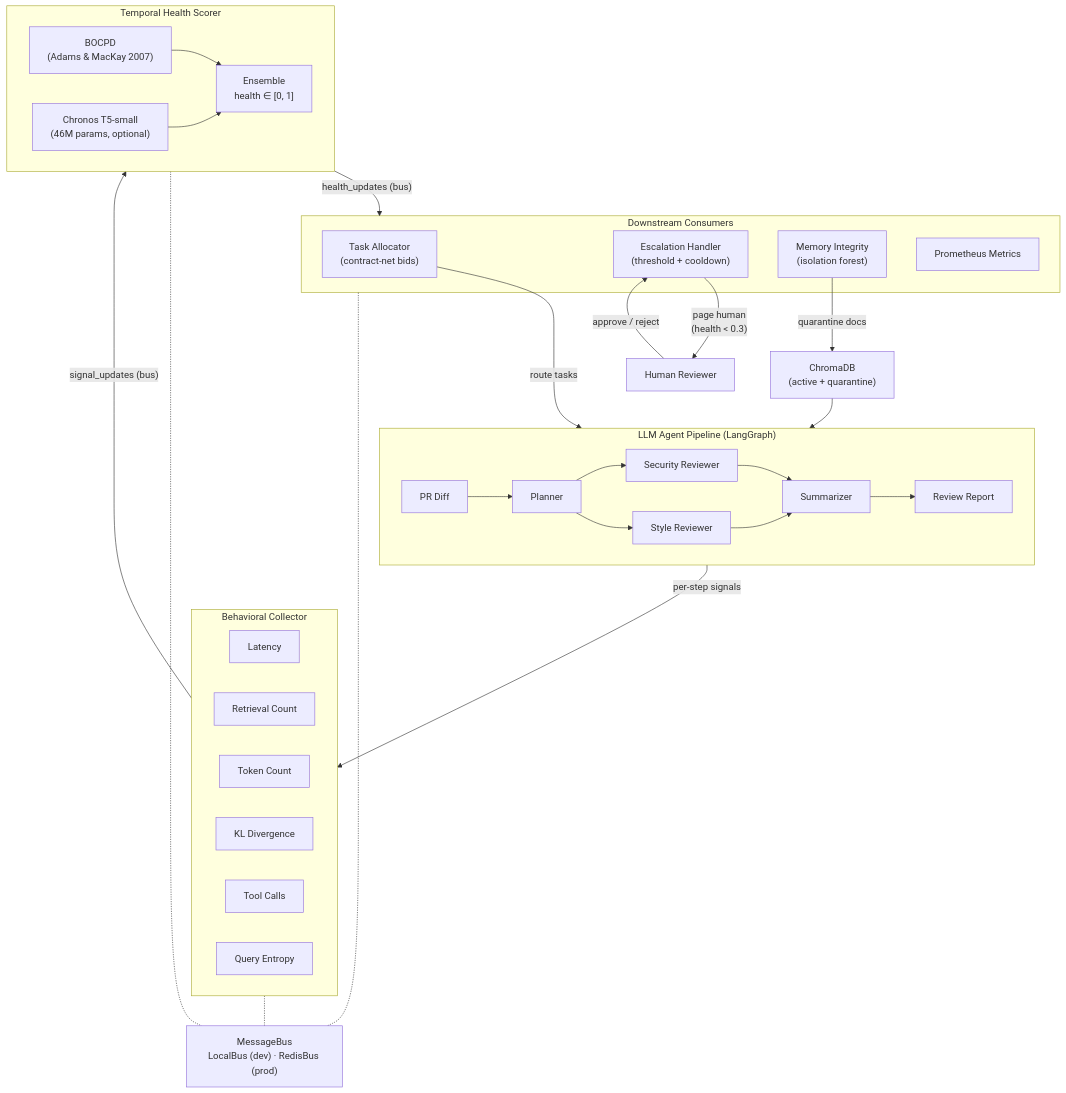
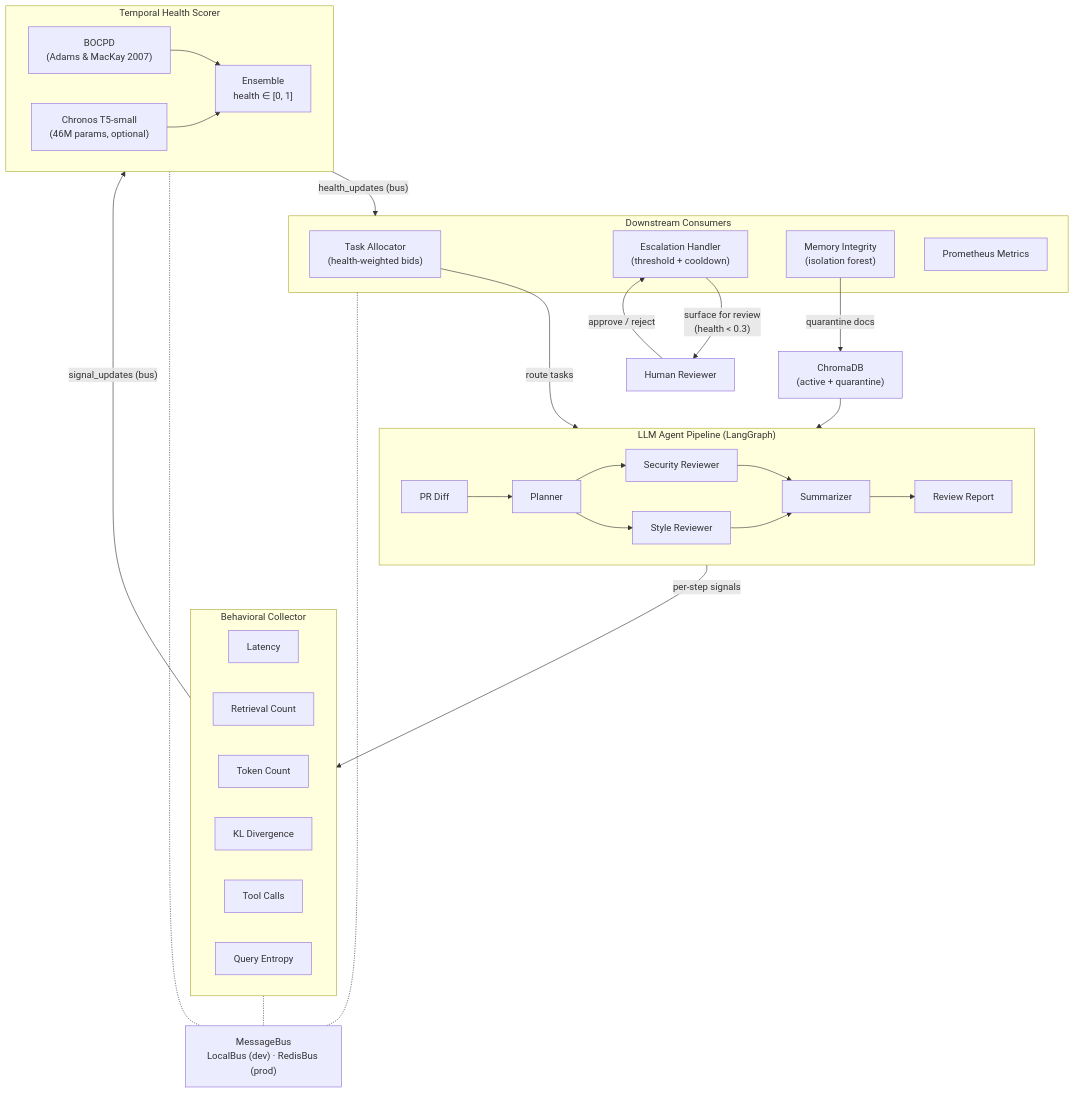
One commit to rajo69/chronoagent changed the diagram in README.md. Above: the diagram before and after it, drawn with Mermaid. The commit also changed other lines of this file and 1 other file, not shown here.

````diff
--- a/README.md
+++ b/README.md
@@ -197,49 +197,49 @@
 ```mermaid
 flowchart TB
     subgraph Pipeline["LLM Agent Pipeline (LangGraph)"]
         PR["PR Diff"] --> Planner
         Planner --> SecReview["Security Reviewer"]
         Planner --> StyleReview["Style Reviewer"]
         SecReview --> Summarizer
         StyleReview --> Summarizer
         Summarizer --> Report["Review Report"]
     end
 
     subgraph Monitor["Behavioral Collector"]
         S1["Latency"]
         S2["Retrieval Count"]
         S3["Token Count"]
         S4["KL Divergence"]
         S5["Tool Calls"]
         S6["Query Entropy"]
     end
 
     subgraph Scorer["Temporal Health Scorer"]
         BOCPD["BOCPD\n(Adams & MacKay 2007)"]
         Chronos["Chronos T5-small\n(46M params, optional)"]
         Ensemble["Ensemble\nhealth ∈ [0, 1]"]
         BOCPD --> Ensemble
         Chronos --> Ensemble
     end
 
     subgraph Downstream["Downstream Consumers"]
-        Allocator["Task Allocator\n(contract-net bids)"]
+        Allocator["Task Allocator\n(health-weighted bids)"]
         Escalation["Escalation Handler\n(threshold + cooldown)"]
         Integrity["Memory Integrity\n(isolation forest)"]
         Metrics["Prometheus Metrics"]
     end
 
     Pipeline -- "per-step signals" --> Monitor
     Monitor -- "signal_updates (bus)" --> Scorer
     Scorer -- "health_updates (bus)" --> Downstream
     Allocator -- "route tasks" --> Pipeline
-    Escalation -- "page human\n(health < 0.3)" --> Human["Human Reviewer"]
+    Escalation -- "surface for review\n(health < 0.3)" --> Human["Human Reviewer"]
     Human -- "approve / reject" --> Escalation
     Integrity -- "quarantine docs" --> Memory["ChromaDB\n(active + quarantine)"]
     Memory --> Pipeline
 
     Bus["MessageBus\nLocalBus (dev) · RedisBus (prod)"]
     Monitor -.- Bus
     Scorer -.- Bus
     Downstream -.- Bus
 ```
````
